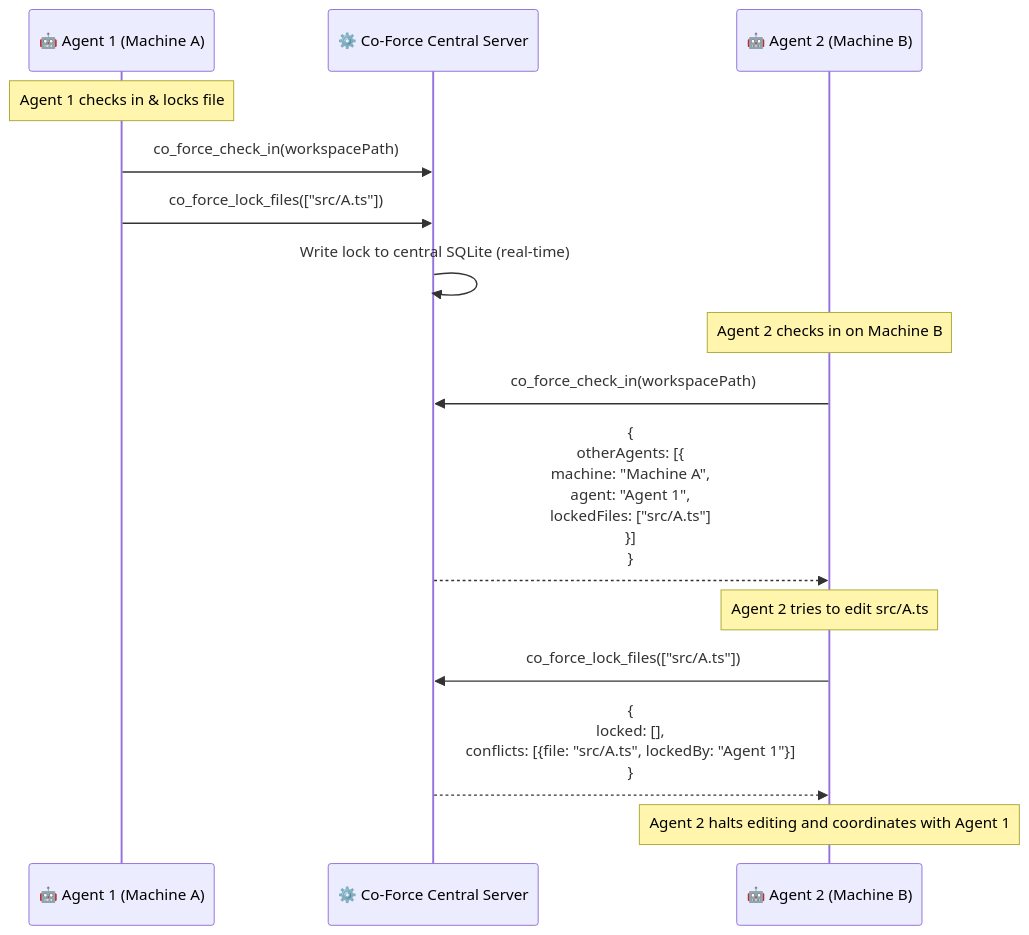
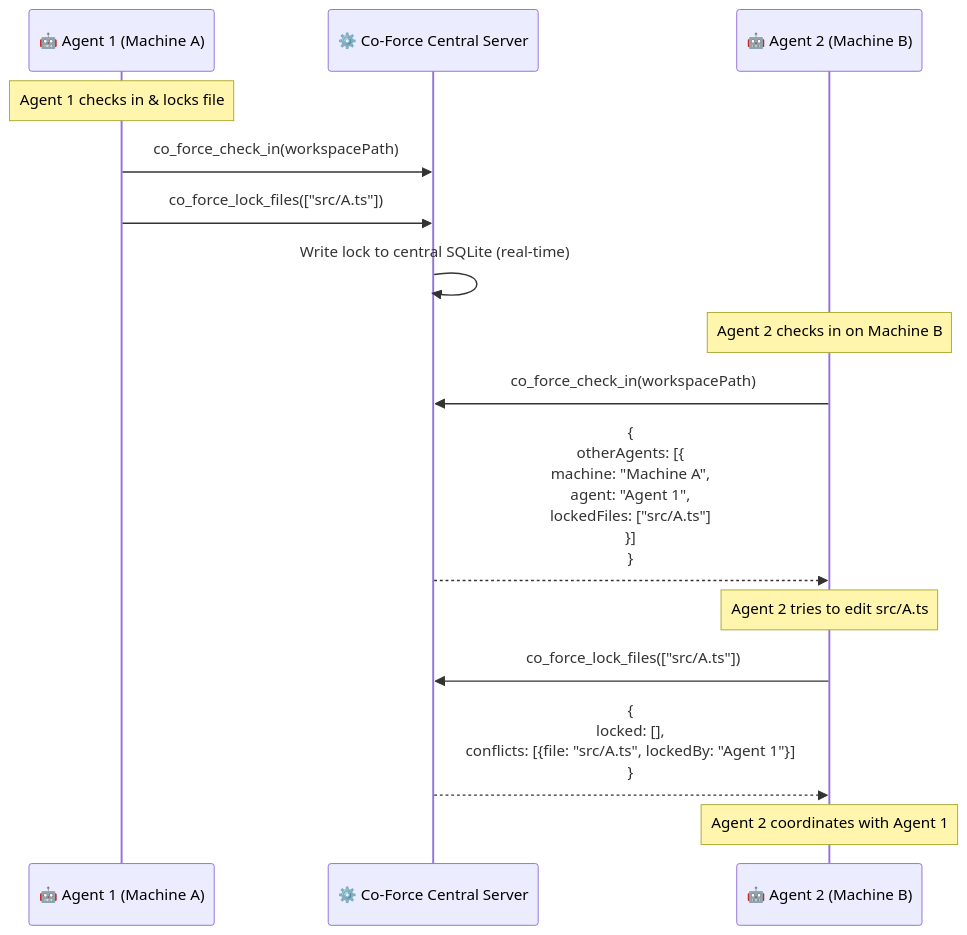
Before and after one commit to hiimtrung/co-force: diagram 18 of 29 in docs/URD.md, drawn with Mermaid. The commit also changed other lines of this file and 17 other files, not shown here.

````diff
--- a/docs/URD.md
+++ b/docs/URD.md
@@ -1108,20 +1009,20 @@
 ```mermaid
 sequenceDiagram
     participant A1 as 🤖 Agent 1 (Machine A)
     participant MCP as ⚙️ Co-Force Central Server
     participant A2 as 🤖 Agent 2 (Machine B)
 
     Note over A1: Agent 1 checks in & locks file
     A1->>MCP: co_force_check_in(workspacePath)
     A1->>MCP: co_force_lock_files(["src/A.ts"])
     MCP->>MCP: Write lock to central SQLite (real-time)
 
     Note over A2: Agent 2 checks in on Machine B
     A2->>MCP: co_force_check_in(workspacePath)
     MCP-->>A2: {<br/>  otherAgents: [{<br/>    machine: "Machine A",<br/>    agent: "Agent 1",<br/>    lockedFiles: ["src/A.ts"]<br/>  }]<br/>}
 
     Note over A2: Agent 2 tries to edit src/A.ts
     A2->>MCP: co_force_lock_files(["src/A.ts"])
     MCP-->>A2: {<br/>  locked: [],<br/>  conflicts: [{file: "src/A.ts", lockedBy: "Agent 1"}]<br/>}
-    Note over A2: Agent 2 halts editing and coordinates with Agent 1
+    Note over A2: Agent 2 coordinates with Agent 1
 ```
````
